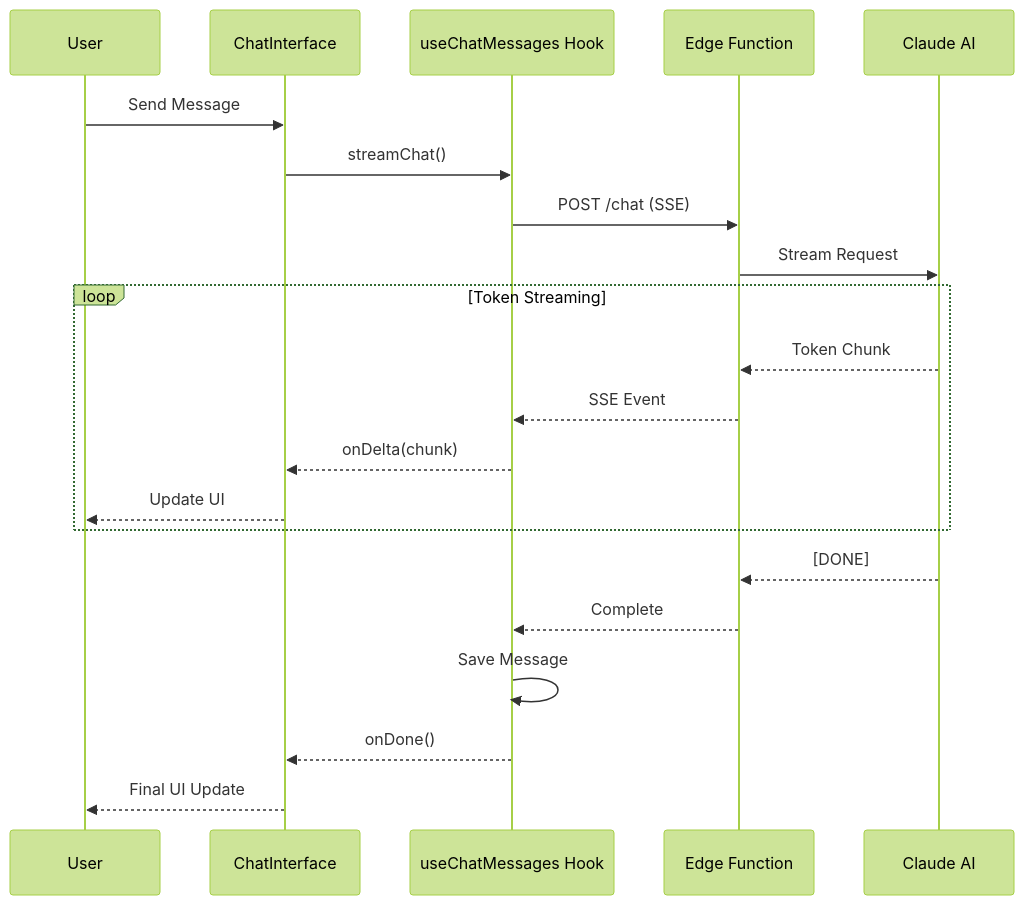
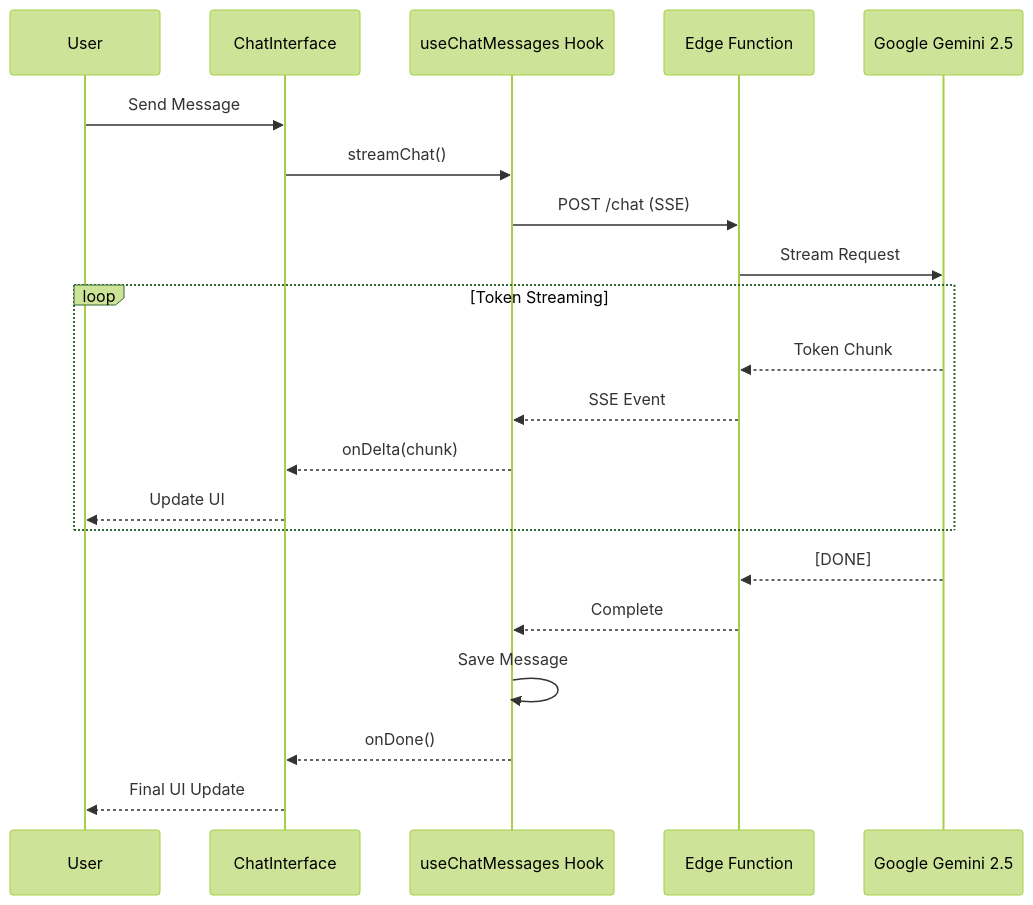
One commit to NickB03/vana changed the fifth of 5 diagrams in README.md. Above: the diagram before and after it, drawn with Mermaid (forest theme). The commit also changed other lines of this file and 5 other files, not shown here.

````diff
--- a/README.md
+++ b/README.md
@@ -611,26 +629,26 @@
 ```mermaid
 sequenceDiagram
     participant U as User
     participant C as ChatInterface
     participant H as useChatMessages Hook
     participant E as Edge Function
-    participant AI as Claude AI
+    participant AI as Google Gemini 2.5
 
     U->>C: Send Message
     C->>H: streamChat()
     H->>E: POST /chat (SSE)
     E->>AI: Stream Request
 
     loop Token Streaming
         AI-->>E: Token Chunk
         E-->>H: SSE Event
         H-->>C: onDelta(chunk)
         C-->>U: Update UI
     end
 
     AI-->>E: [DONE]
     E-->>H: Complete
     H->>H: Save Message
     H-->>C: onDone()
     C-->>U: Final UI Update
 ```
````
